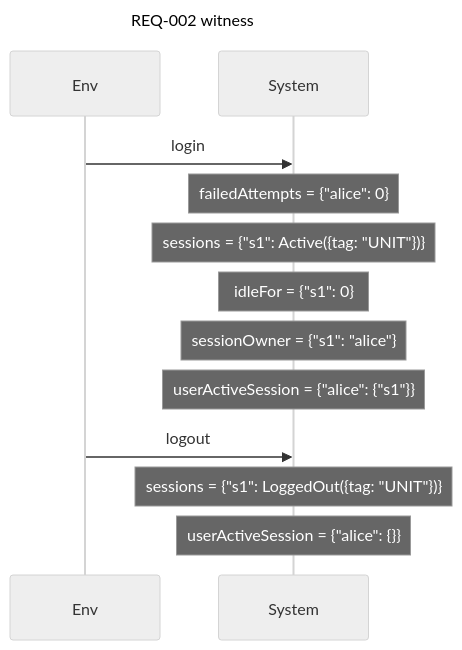
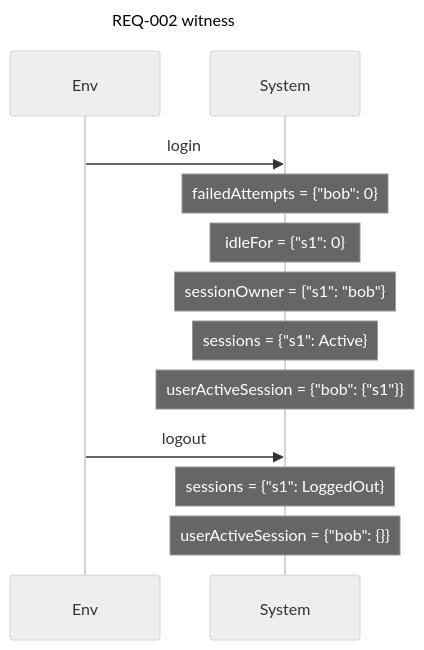
Before and after one commit to AlesKracik/quintessence: the fourth of 8 diagrams in examples/specs/auth.readback.md, drawn with Mermaid (neutral theme). The commit also changed other lines of this file and 53 other files, not shown here.

````diff
--- a/examples/specs/auth.readback.md
+++ b/examples/specs/auth.readback.md
@@ -354,15 +361,15 @@
 ```mermaid
 sequenceDiagram
     title REQ-002 witness
     participant E as Env
     participant S as System
     E->>S: login
-    Note over S: failedAttempts = {"alice": 0}
-    Note over S: sessions = {"s1": Active({tag: "UNIT"})}
+    Note over S: failedAttempts = {"bob": 0}
     Note over S: idleFor = {"s1": 0}
-    Note over S: sessionOwner = {"s1": "alice"}
-    Note over S: userActiveSession = {"alice": {"s1"}}
+    Note over S: sessionOwner = {"s1": "bob"}
+    Note over S: sessions = {"s1": Active}
+    Note over S: userActiveSession = {"bob": {"s1"}}
     E->>S: logout
-    Note over S: sessions = {"s1": LoggedOut({tag: "UNIT"})}
-    Note over S: userActiveSession = {"alice": {}}
+    Note over S: sessions = {"s1": LoggedOut}
+    Note over S: userActiveSession = {"bob": {}}
 ```
````
